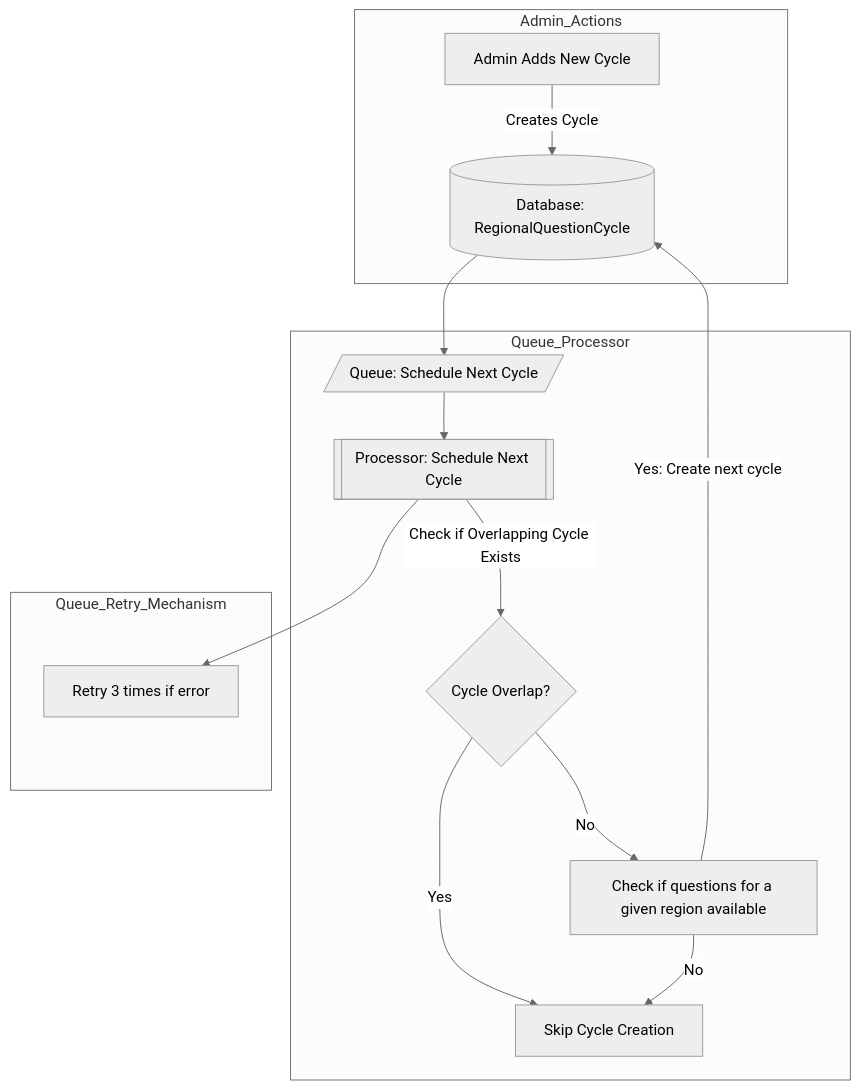
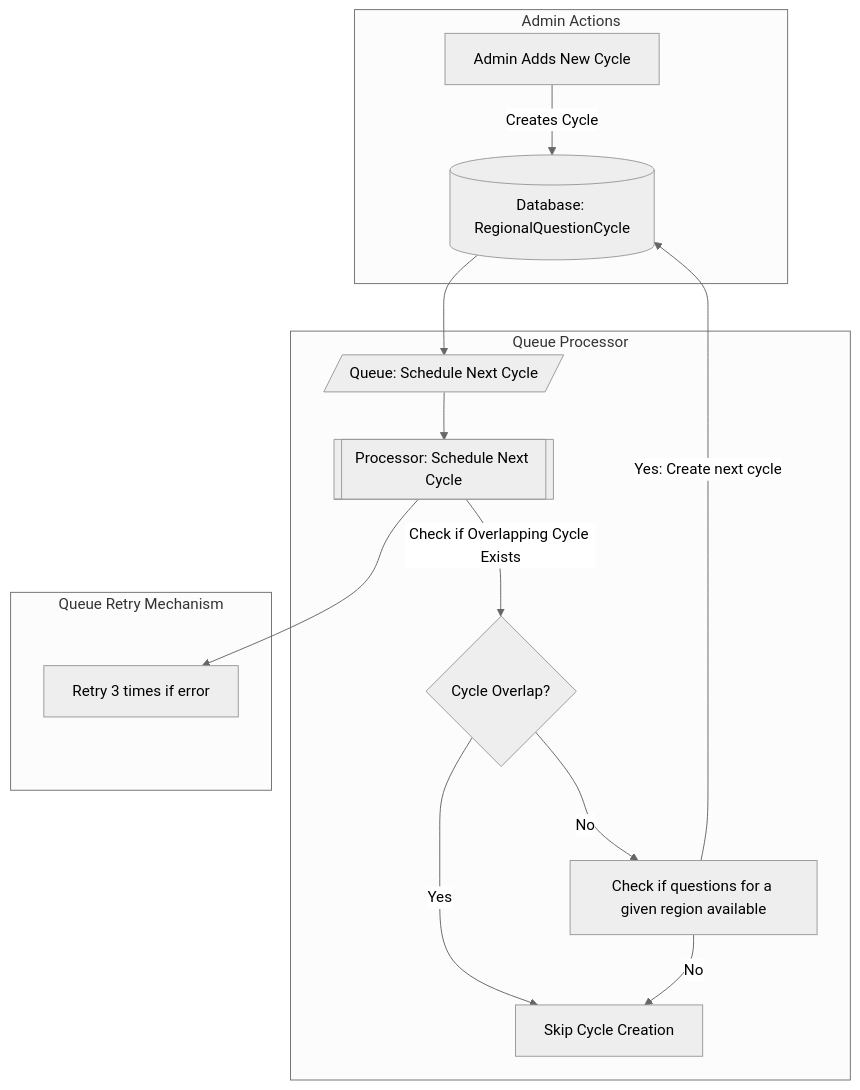
One commit to Gambitier/quiz-flow changed the diagram in README.md. Above: the diagram before and after it, drawn with Mermaid (neutral theme).

````diff
--- a/README.md
+++ b/README.md
@@ -40,20 +40,20 @@
 ```mermaid
 flowchart TD
-  subgraph Admin_Actions
+  subgraph Admin Actions
     A[Admin Adds New Cycle] -->|Creates Cycle| B[(Database: RegionalQuestionCycle)]
   end
   
-  subgraph Queue_Processor
+  subgraph Queue Processor
     B --> C[/Queue: Schedule Next Cycle/]
     C --> D[[Processor: Schedule Next Cycle]]
     D -->|Check if Overlapping Cycle Exists| E{Cycle Overlap?}
     E -->|Yes| F[Skip Cycle Creation]
     E -->|No| G[Check if questions for a given region available]
     G -->|No| F[Skip Cycle Creation]
     G -->|Yes: Create next cycle| B
   end
 
-  subgraph Queue_Retry_Mechanism
+  subgraph Queue Retry Mechanism
     D --> H[Retry 3 times if error]
   end
 ```
````
